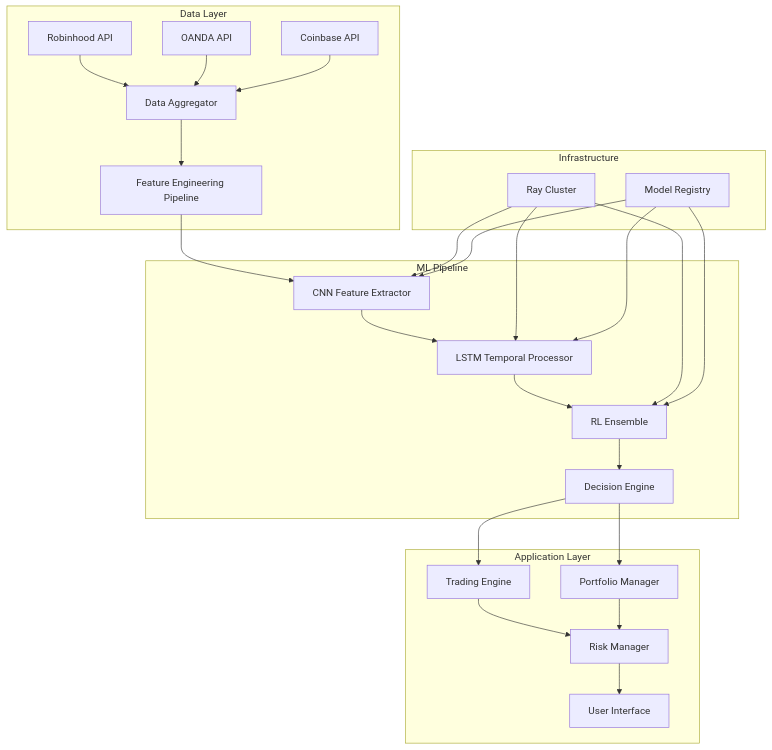
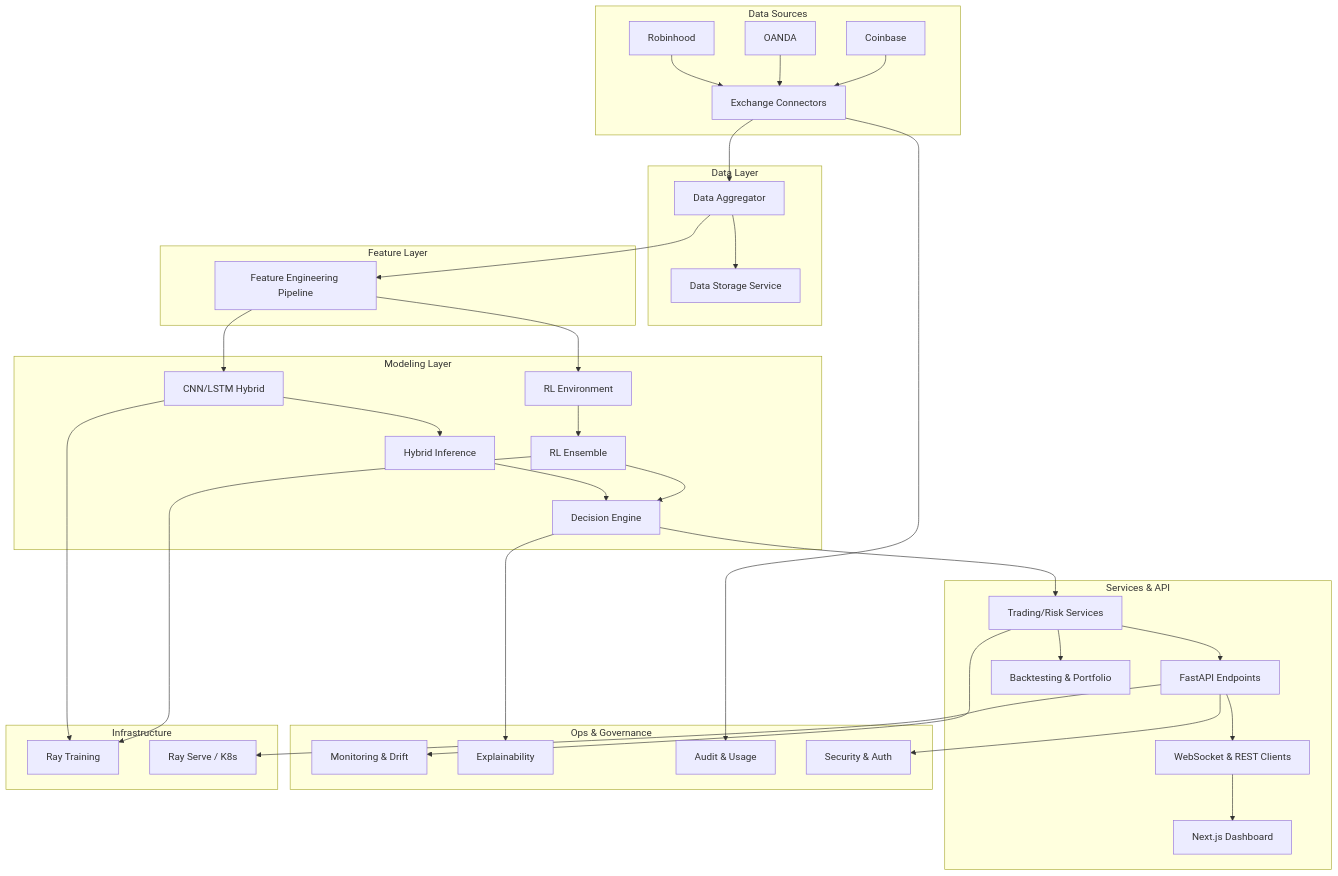
One commit to Zzzero-hash/Trade-Agent changed the diagram in .kiro/specs/ai-trading-platform/design.md. Above: the diagram before and after it, drawn with Mermaid. The commit also changed other lines of this file and 47 other files, not shown here.

````diff
--- a/.kiro/specs/ai-trading-platform/design.md
+++ b/.kiro/specs/ai-trading-platform/design.md
@@ -11,33 +7,42 @@
 ```mermaid
-graph TB
-    subgraph "Data Layer"
-        A[Robinhood API] --> D[Data Aggregator]
-        B[OANDA API] --> D
-        C[Coinbase API] --> D
-        D --> E[Feature Engineering Pipeline]
+graph TD
+    subgraph Data Sources
+        A[Robinhood] --> B
+        C[OANDA] --> B
+        D[Coinbase] --> B
     end
-    
-    subgraph "ML Pipeline"
-        E --> F[CNN Feature Extractor]
-        F --> G[LSTM Temporal Processor]
-        G --> H[RL Ensemble]
-        H --> I[Decision Engine]
+    subgraph Data Layer
+        B[Exchange Connectors]
+        B --> E[Data Aggregator]
+        E --> F[Data Storage Service]
     end
-    
-    subgraph "Application Layer"
-        I --> J[Trading Engine]
-        I --> K[Portfolio Manager]
-        J --> L[Risk Manager]
+    subgraph Feature Layer
+        E --> G[Feature Engineering Pipeline]
+    end
+    subgraph Modeling Layer
+        G --> H[CNN/LSTM Hybrid]
+        G --> I[RL Environment]
+        H --> J[Hybrid Inference]
+        I --> K[RL Ensemble]
+        J --> L[Decision Engine]
         K --> L
-        L --> M[User Interface]
     end
-    
-    subgraph "Infrastructure"
-        N[Ray Cluster] --> F
-        N --> G
-        N --> H
-        O[Model Registry] --> F
-        O --> G
-        O --> H
+    subgraph Services & API
+        L --> M[Trading/Risk Services]
+        M --> N[FastAPI Endpoints]
+        M --> O[Backtesting & Portfolio]
+        N --> P[WebSocket & REST Clients]
+        P --> Q[Next.js Dashboard]
+    end
+    subgraph Ops & Governance
+        M --> R[Monitoring & Drift]
+        L --> S[Explainability]
+        B --> T[Audit & Usage]
+        N --> U[Security & Auth]
+    end
+    subgraph Infrastructure
+        H --> V[Ray Training]
+        K --> V
+        N --> W[Ray Serve / K8s]
     end
 ```
````
